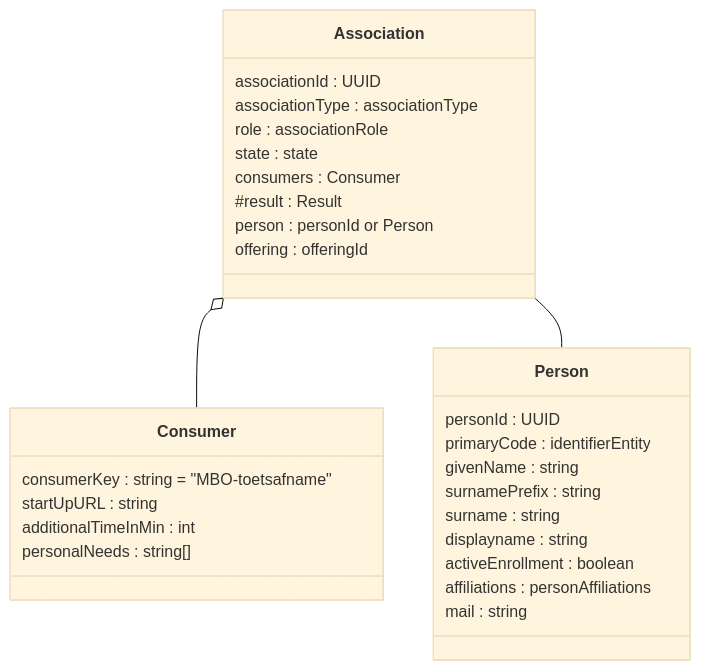
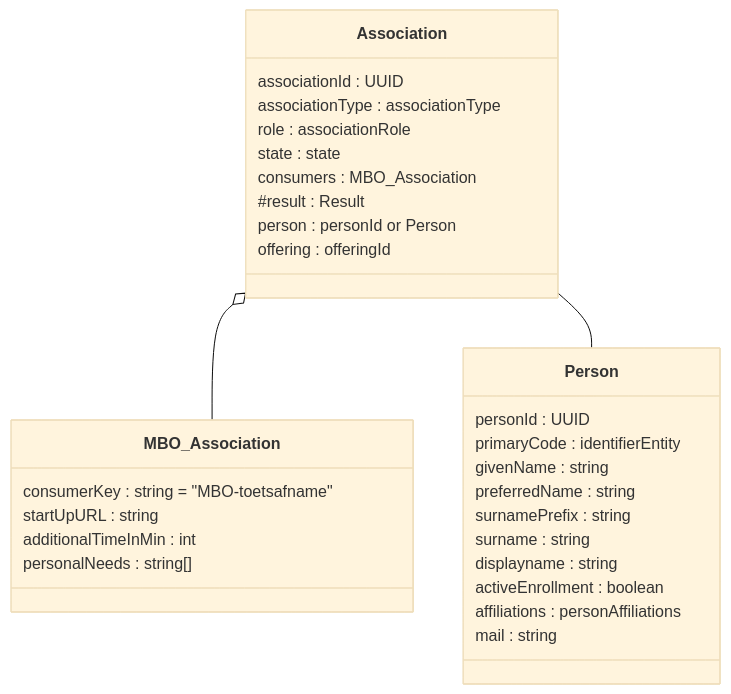
The fourth of 10 diagrams in doc/flow2.md (NetwerkExamineringDigitalisering/NED-OOAPI), drawn with Mermaid (base theme) before and after one commit. The commit also changed other lines of this file, not shown here.

````diff
--- a/doc/flow2.md
+++ b/doc/flow2.md
@@ -157,32 +161,33 @@
 ```mermaid
 classDiagram
     class Association {
     	associationId : UUID
 	associationType : associationType
 	role : associationRole
 	state : state
-	consumers : Consumer
+	consumers : MBO_Association
 #	result : Result
 	person : personId or Person
 	offering : offeringId
     }
-    class Consumer {
+    class MBO_Association {
     	consumerKey : string = "MBO-toetsafname"
 	startUpURL : string
 	additionalTimeInMin : int
 	personalNeeds : string[]
     }
     class Person {
 	personId : UUID
 	primaryCode : identifierEntity
 	givenName : string
+	preferredName : string
 	surnamePrefix : string 
 	surname : string
 	displayname : string
 	activeEnrollment : boolean 
 	affiliations : personAffiliations
 	mail : string
     }
-    Association o-- Consumer
+    Association o-- MBO_Association
     Association -- Person
 ```
````
